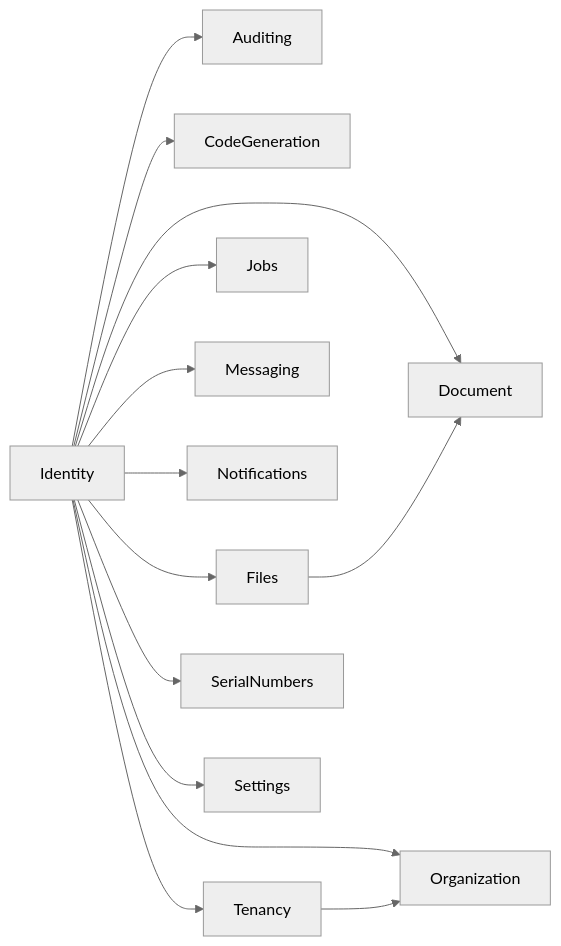
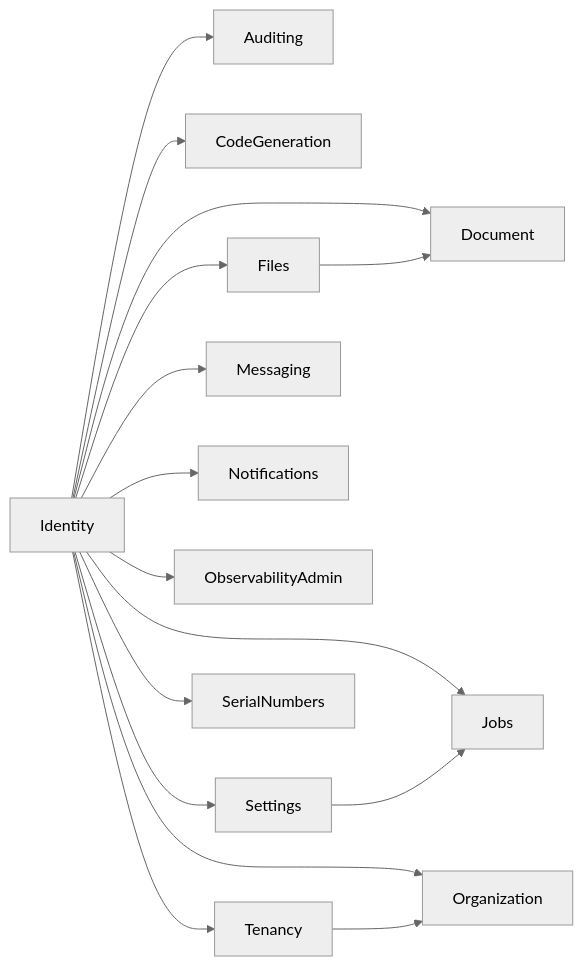
The diagram in docs/operations/module-dependency-graph.mmd (yan041108/Full.NET), drawn with Mermaid (neutral theme) before and after one commit. The commit also changed 62 other files, not shown here.

```diff
--- a/docs/operations/module-dependency-graph.mmd
+++ b/docs/operations/module-dependency-graph.mmd
@@ -1,16 +1,18 @@
 %% 自动生成：pnpm run generate:module-dependency-graph
 %% 源：src/Modules/*Module.cs IFullNetModule.Dependencies
 flowchart LR
   Identity --> Auditing
   Identity --> CodeGeneration
   Identity --> Document
   Files --> Document
   Identity --> Files
   Identity --> Jobs
+  Settings --> Jobs
   Identity --> Messaging
   Identity --> Notifications
+  Identity --> ObservabilityAdmin
   Identity --> Organization
   Tenancy --> Organization
   Identity --> SerialNumbers
   Identity --> Settings
   Identity --> Tenancy
```
